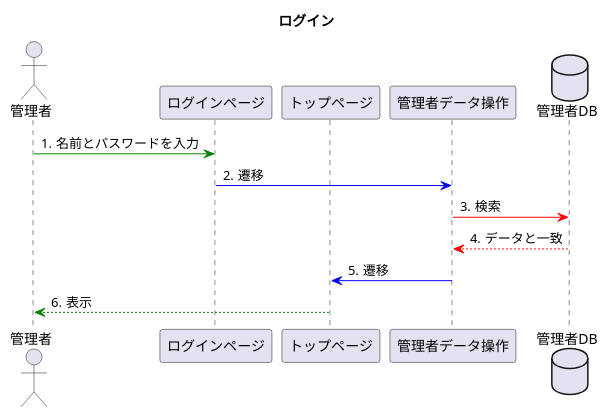
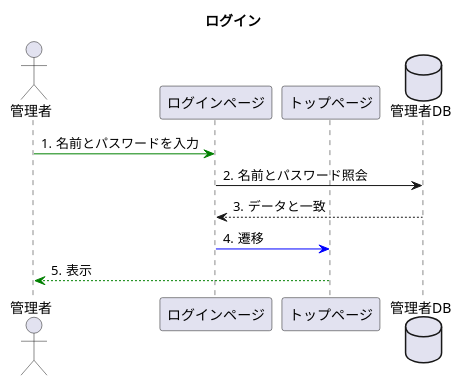
Before and after one commit to toufu66/ProjectC: the diagram in uml/seq_login.pu, drawn with PlantUML.

Commit message:
ログインシーケンス追記

```diff
--- a/uml/seq_login.pu
+++ b/uml/seq_login.pu
@@ -1,22 +1,20 @@
 @startuml
 
 title ログイン
 
 autonumber "#."
 
 actor 管理者
 participant ログインページ
 participant トップページ
-participant 管理者データ操作
 database 管理者DB
 
 管理者 -[#green]> ログインページ:名前とパスワードを入力
-ログインページ -[#blue]> 管理者データ操作:遷移
-管理者データ操作 -[#red]> 管理者DB:検索
-管理者DB --[#red]> 管理者データ操作:データと一致
-管理者データ操作 -[#blue]> トップページ:遷移
+ログインページ -> 管理者DB:名前とパスワード照会
+管理者DB --> ログインページ:データと一致
+ログインページ -[#blue]> トップページ:遷移
 トップページ --[#green]> 管理者 :表示
 
 
 
 @enduml
```
